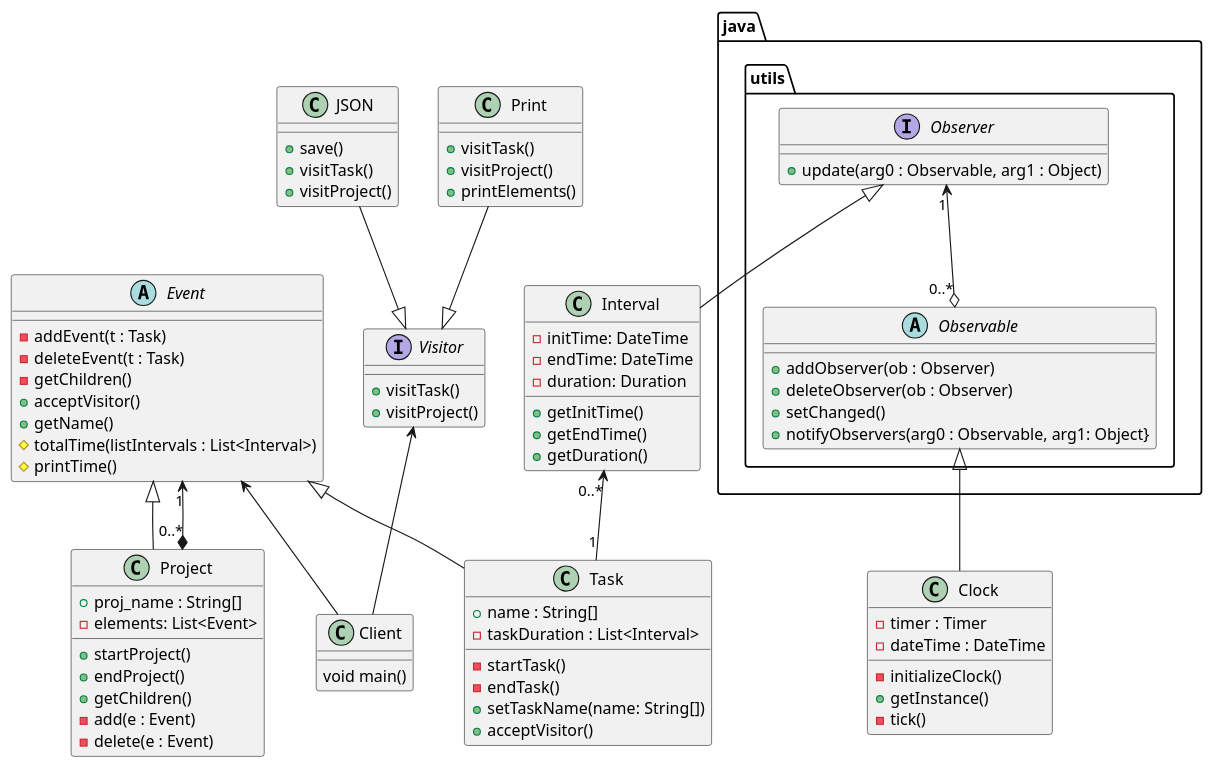
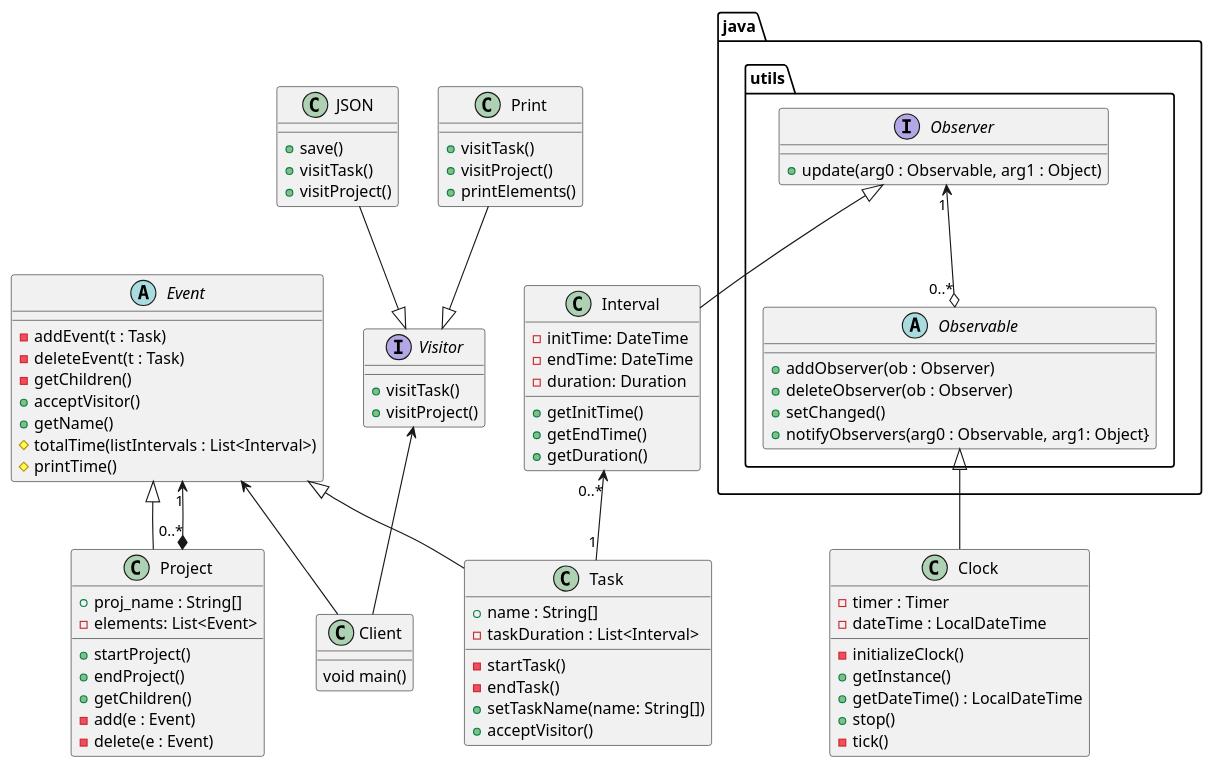
One commit to guillem-martinez/DS-Projecte changed the diagram in Class_diag.puml. Above: the diagram before and after it, drawn with PlantUML. The commit also changed 2 other files, not shown here.

```diff
--- a/Class_diag.puml
+++ b/Class_diag.puml
@@ -1,100 +1,102 @@
 @startuml
 'https://plantuml.com/class-diagram
 
 
 class Project{
 + proj_name : String[]
 - elements: List<Event>
 + startProject()
 + endProject()
 + getChildren()
 - add(e : Event)
 - delete(e : Event)
 }
 
 class Task{
 + name : String[]
 - taskDuration : List<Interval>
 - startTask()
 - endTask()
 + setTaskName(name: String[])
 +acceptVisitor()
 }
 
 abstract Event{
 - addEvent(t : Task)
 - deleteEvent(t : Task)
 - getChildren()
 + acceptVisitor()
 + getName()
 # totalTime(listIntervals : List<Interval>)
 # printTime()
 }
 
 class Clock{
 - timer : Timer
-- dateTime : DateTime
+- dateTime : LocalDateTime
 - initializeClock()
 + getInstance()
++ getDateTime() : LocalDateTime
++ stop()
 - tick()
 }
 
 class Interval{
 - initTime: DateTime
 - endTime: DateTime
 - duration: Duration /'cada golpe de reloj incremento'/
 + getInitTime()
 + getEndTime()
 + getDuration()
 }
 
 interface Visitor{
 + visitTask()
 + visitProject()
 }
 
 class JSON{
 + save()
 + visitTask()
 + visitProject()
 }
 
 class Print{
 + visitTask()
 + visitProject()
 + printElements()
 }
 
 package "java.utils"{
 interface Observer{
 + update(arg0 : Observable, arg1 : Object)
 }
 
 abstract Observable{
 + addObserver(ob : Observer)
 + deleteObserver(ob : Observer)
 + setChanged()
 + notifyObservers(arg0 : Observable, arg1: Object}
 }
 }
 
 class Client{
 void main()
 }
 
 Event <|-- Task
 Event <|-- Project
 
 Event "1" <--* "0..*" Project
 Observable <|-- Clock
 Observer <|-- Interval
 Observer "1" <--o "0..*" Observable
 Interval "0..*" <--  "1" Task
 Event <-- Client
 JSON --|> Visitor
 Visitor <-- Client
 Print --|> Visitor
 
 
 
 @enduml
```
